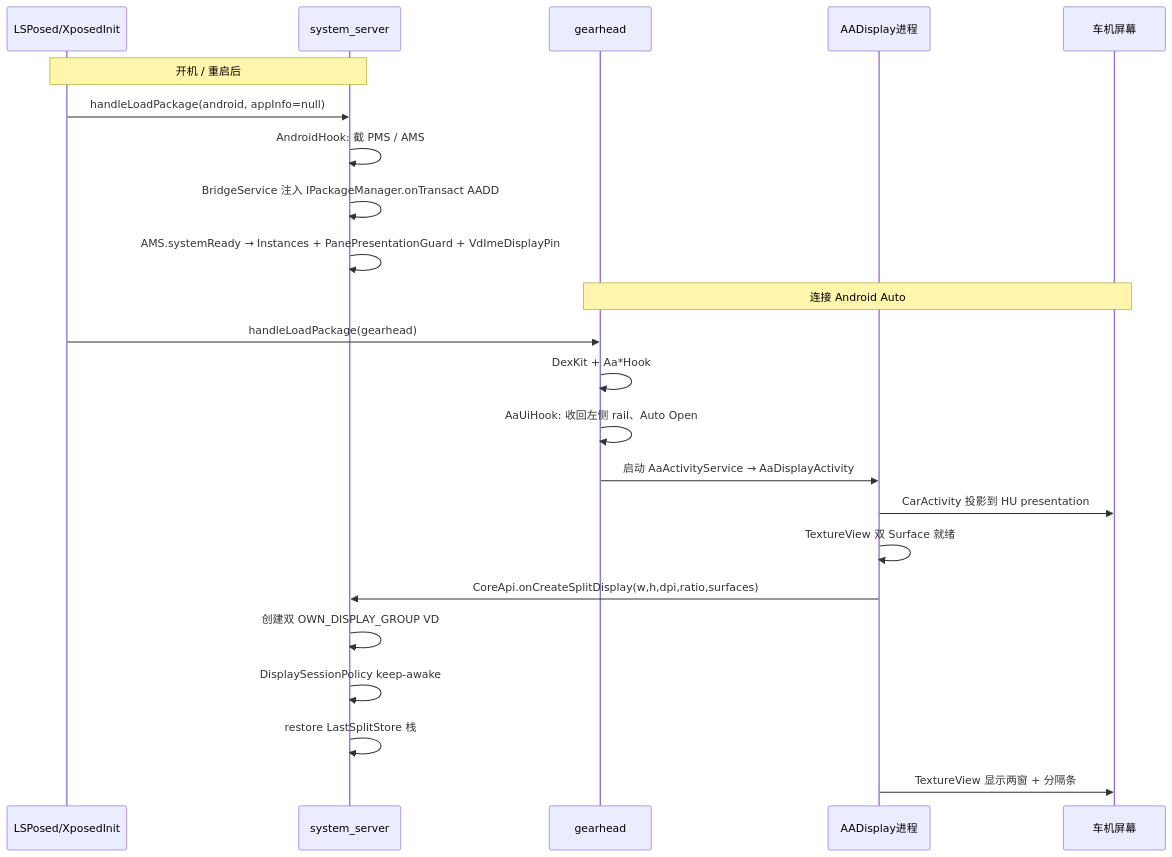
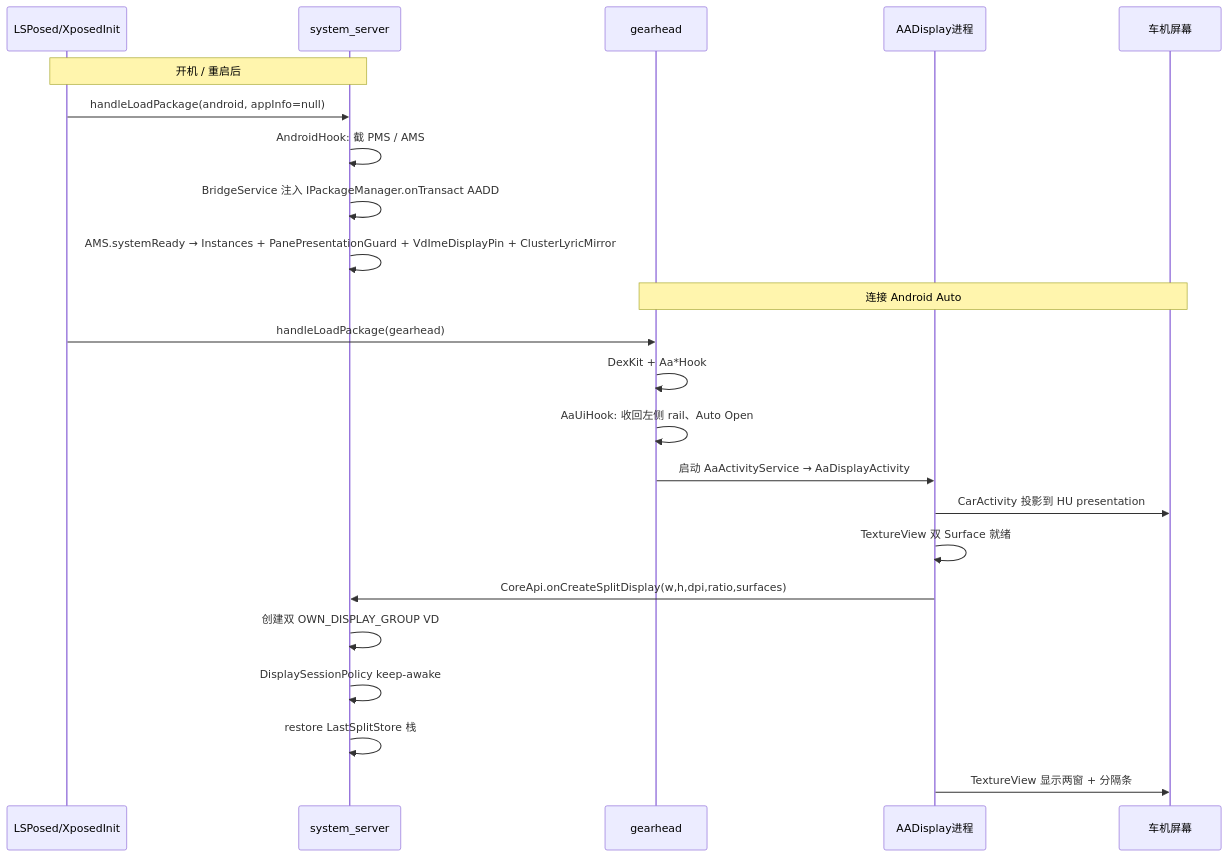
One commit to lagXkjy/AADisplay changed the first of 2 diagrams in docs/EXECUTION.md. Above: the diagram before and after it, drawn with Mermaid. The commit also changed other lines of this file and 12 other files, not shown here.

````diff
--- a/docs/EXECUTION.md
+++ b/docs/EXECUTION.md
@@ -35,27 +35,27 @@
 ```mermaid
 sequenceDiagram
     participant XP as LSPosed/XposedInit
     participant SS as system_server
     participant GH as gearhead
     participant APP as AADisplay进程
     participant HU as 车机屏幕
 
     Note over XP,SS: 开机 / 重启后
     XP->>SS: handleLoadPackage(android, appInfo=null)
     SS->>SS: AndroidHook: 截 PMS / AMS
     SS->>SS: BridgeService 注入 IPackageManager.onTransact AADD
-    SS->>SS: AMS.systemReady → Instances + PanePresentationGuard + VdImeDisplayPin
+    SS->>SS: AMS.systemReady → Instances + PanePresentationGuard + VdImeDisplayPin + ClusterLyricMirror
 
     Note over GH,HU: 连接 Android Auto
     XP->>GH: handleLoadPackage(gearhead)
     GH->>GH: DexKit + Aa*Hook
     GH->>GH: AaUiHook: 收回左侧 rail、Auto Open
     GH->>APP: 启动 AaActivityService → AaDisplayActivity
     APP->>HU: CarActivity 投影到 HU presentation
     APP->>APP: TextureView 双 Surface 就绪
     APP->>SS: CoreApi.onCreateSplitDisplay(w,h,dpi,ratio,surfaces)
     SS->>SS: 创建双 OWN_DISPLAY_GROUP VD
     SS->>SS: DisplaySessionPolicy keep-awake
     SS->>SS: restore LastSplitStore 栈
     APP->>HU: TextureView 显示两窗 + 分隔条
 ```
````
